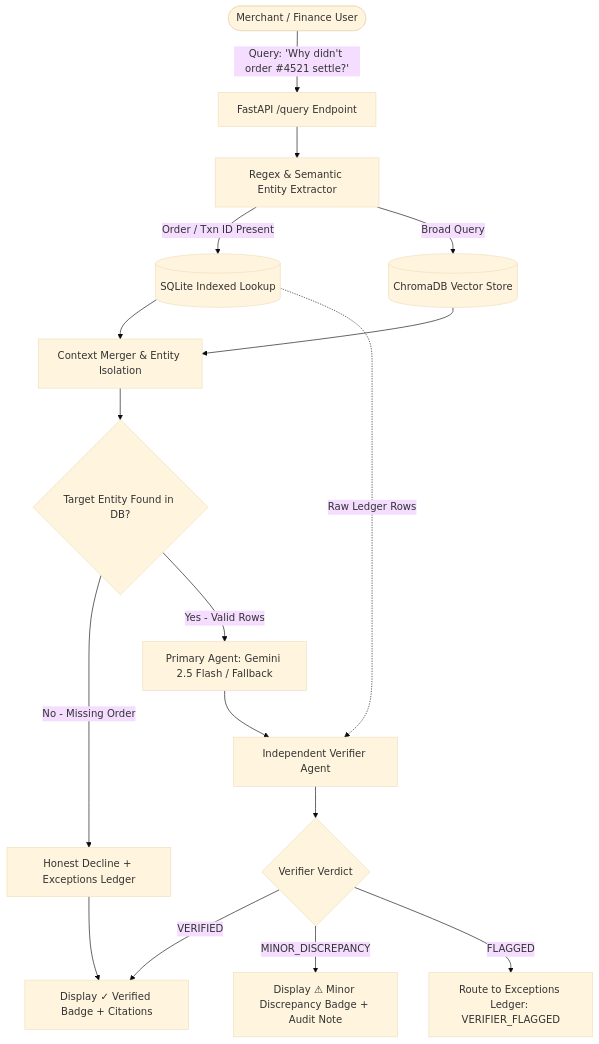
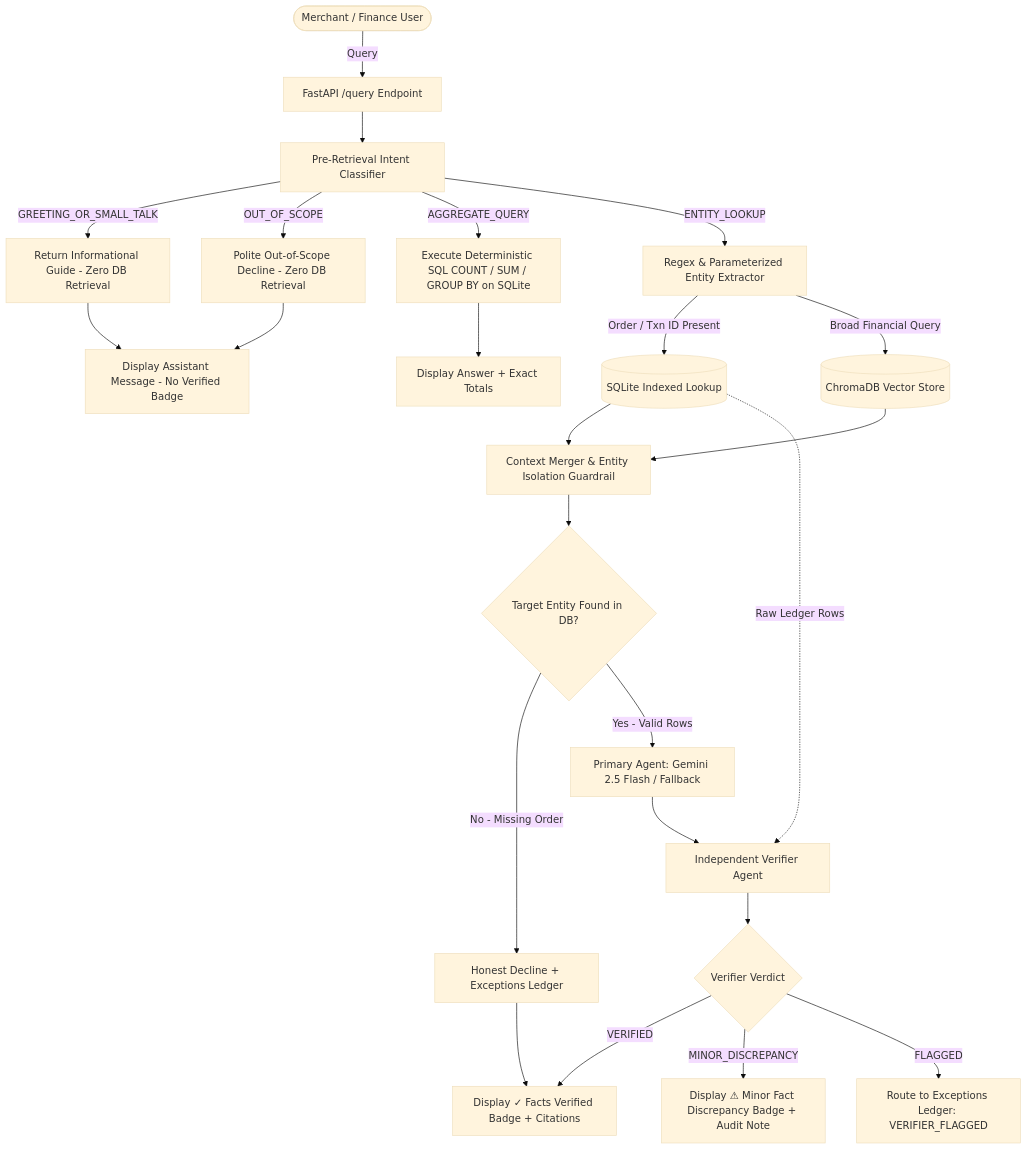
One commit to ManiDeep1822/Settlesense changed the diagram in ARCHITECTURE.md. Above: the diagram before and after it, drawn with Mermaid (base theme). The commit also changed 8 other files, not shown here.

Commit message:
Add query intent classification, SQL aggregation engine, and latency sanity check

````diff
--- a/ARCHITECTURE.md
+++ b/ARCHITECTURE.md
@@ -41,25 +41,34 @@
 ```mermaid
 flowchart TD
-    User([Merchant / Finance User]) -->|Query: 'Why didn't order #4521 settle?'| API[FastAPI /query Endpoint]
-    API --> Extractor[Regex & Semantic Entity Extractor]
+    User([Merchant / Finance User]) -->|Query| API[FastAPI /query Endpoint]
+    API --> Classifier[Pre-Retrieval Intent Classifier]
+    
+    Classifier -->|GREETING_OR_SMALL_TALK| DirectGreet[Return Informational Guide - Zero DB Retrieval]
+    Classifier -->|OUT_OF_SCOPE| DirectDecline[Polite Out-of-Scope Decline - Zero DB Retrieval]
+    Classifier -->|AGGREGATE_QUERY| SQLAgg[Execute Deterministic SQL COUNT / SUM / GROUP BY on SQLite]
+    Classifier -->|ENTITY_LOOKUP| Extractor[Regex & Parameterized Entity Extractor]
     
     Extractor -->|Order / Txn ID Present| DBExact[(SQLite Indexed Lookup)]
-    Extractor -->|Broad Query| VectorDB[(ChromaDB Vector Store)]
+    Extractor -->|Broad Financial Query| VectorDB[(ChromaDB Vector Store)]
     
-    DBExact --> Merger[Context Merger & Entity Isolation]
+    DBExact --> Merger[Context Merger & Entity Isolation Guardrail]
     VectorDB --> Merger
     
     Merger --> Guardrail{Target Entity Found in DB?}
     Guardrail -->|No - Missing Order| Decline[Honest Decline + Exceptions Ledger]
     Guardrail -->|Yes - Valid Rows| PrimaryEngine[Primary Agent: Gemini 2.5 Flash / Fallback]
     
+    SQLAgg --> PassUI[Display Answer + Exact Totals]
+    DirectGreet --> GreetUI[Display Assistant Message - No Verified Badge]
+    DirectDecline --> GreetUI
+    
     PrimaryEngine --> VerifierAgent[Independent Verifier Agent]
     DBExact -.->|Raw Ledger Rows| VerifierAgent
     
     VerifierAgent --> VerdictCheck{Verifier Verdict}
-    VerdictCheck -->|VERIFIED| PassUI[Display ✓ Verified Badge + Citations]
-    VerdictCheck -->|MINOR_DISCREPANCY| WarnUI[Display ⚠ Minor Discrepancy Badge + Audit Note]
+    VerdictCheck -->|VERIFIED| PassUI2[Display ✓ Facts Verified Badge + Citations]
+    VerdictCheck -->|MINOR_DISCREPANCY| WarnUI[Display ⚠ Minor Fact Discrepancy Badge + Audit Note]
     VerdictCheck -->|FLAGGED| FlagUI[Route to Exceptions Ledger: VERIFIER_FLAGGED]
     
-    Decline --> PassUI
+    Decline --> PassUI2
 ```
````
